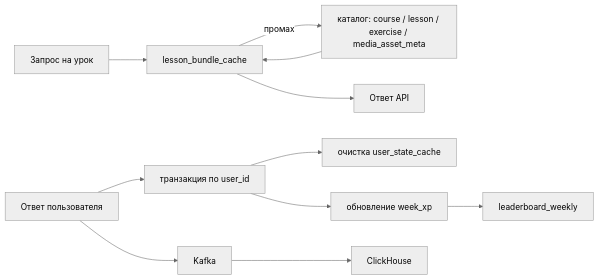
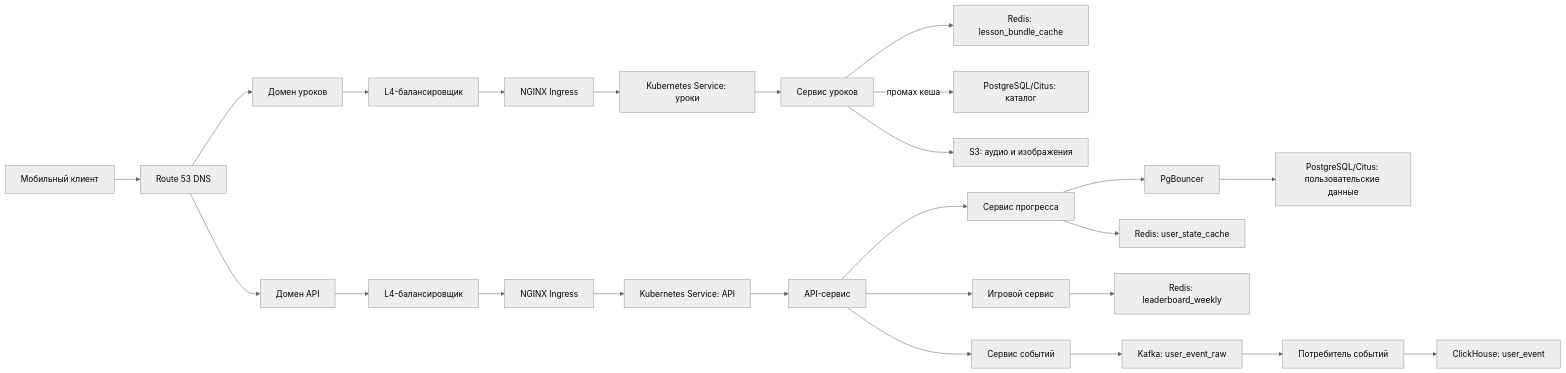
One commit to azlymoon/HighloadCourseHSE changed the seventh of 7 diagrams in README.md. Above: the diagram before and after it, drawn with Mermaid (neutral theme). The commit also changed other lines of this file and 1 other file, not shown here.

````diff
--- a/README.md
+++ b/README.md
@@ -759,15 +912,36 @@
 ```mermaid
 flowchart LR
-    A["Запрос на урок"] --> B["lesson_bundle_cache"]
-    B -->|промах| C["каталог: course / lesson / exercise / media_asset_meta"]
-    C --> B
-    B --> D["Ответ API"]
+    U["Мобильный клиент"] --> DNS["Route 53 DNS"]
 
-    E["Ответ пользователя"] --> F["транзакция по user_id"]
-    F --> G["очистка user_state_cache"]
-    F --> H["обновление week_xp"]
-    H --> I["leaderboard_weekly"]
+    DNS --> DL["Домен уроков"]
+    DNS --> DA["Домен API"]
 
-    E --> J["Kafka"]
-    J --> K["ClickHouse"]
+    DL --> L4L["L4-балансировщик"]
+    DA --> L4A["L4-балансировщик"]
+
+    L4L --> IL["NGINX Ingress"]
+    L4A --> IA["NGINX Ingress"]
+
+    IL --> SL["Kubernetes Service: уроки"]
+    IA --> SA["Kubernetes Service: API"]
+
+    SL --> LES["Сервис уроков"]
+    SA --> API["API-сервис"]
+
+    LES --> RC["Redis: lesson_bundle_cache"]
+    LES -->|промах кеша| CAT["PostgreSQL/Citus: каталог"]
+    LES --> S3["S3: аудио и изображения"]
+
+    API --> PR["Сервис прогресса"]
+    API --> GAME["Игровой сервис"]
+    API --> EV["Сервис событий"]
+
+    PR --> PGB["PgBouncer"]
+    PGB --> UC["PostgreSQL/Citus: пользовательские данные"]
+    PR --> US["Redis: user_state_cache"]
+
+    GAME --> LB["Redis: leaderboard_weekly"]
+    EV --> KF["Kafka: user_event_raw"]
+    KF --> CON["Потребитель событий"]
+    CON --> CH["ClickHouse: user_event"]
 ```
````
